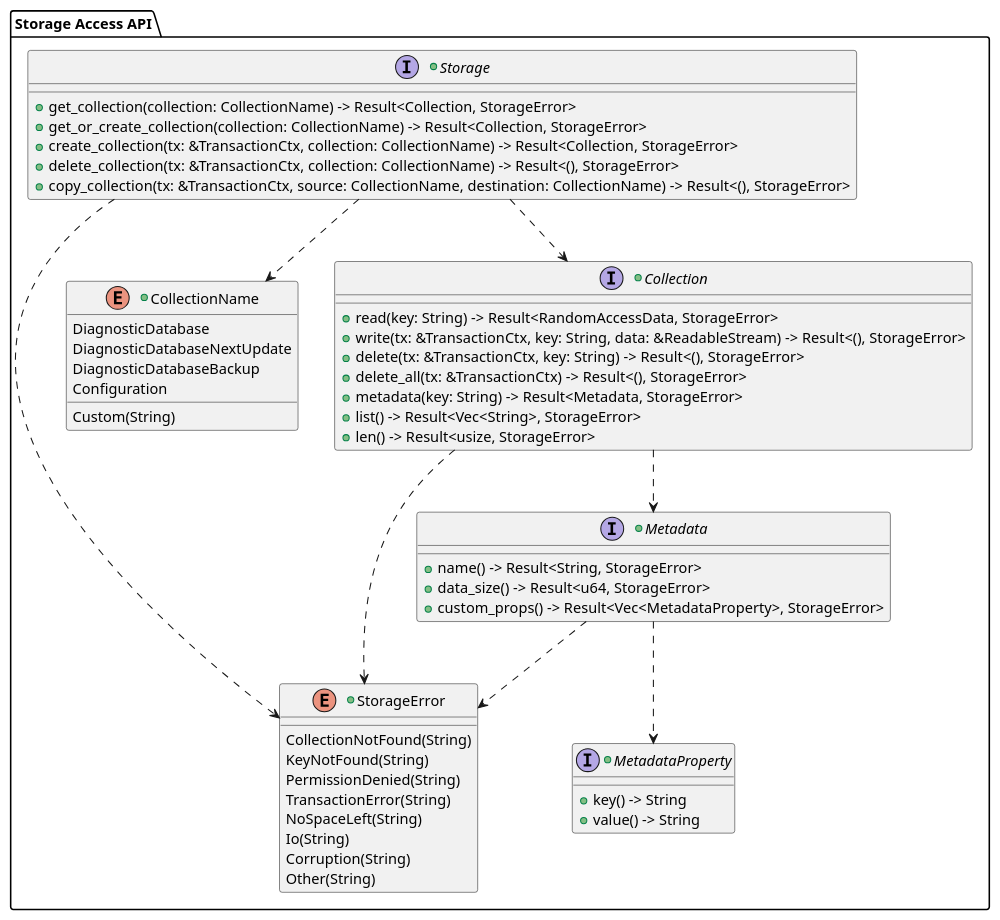
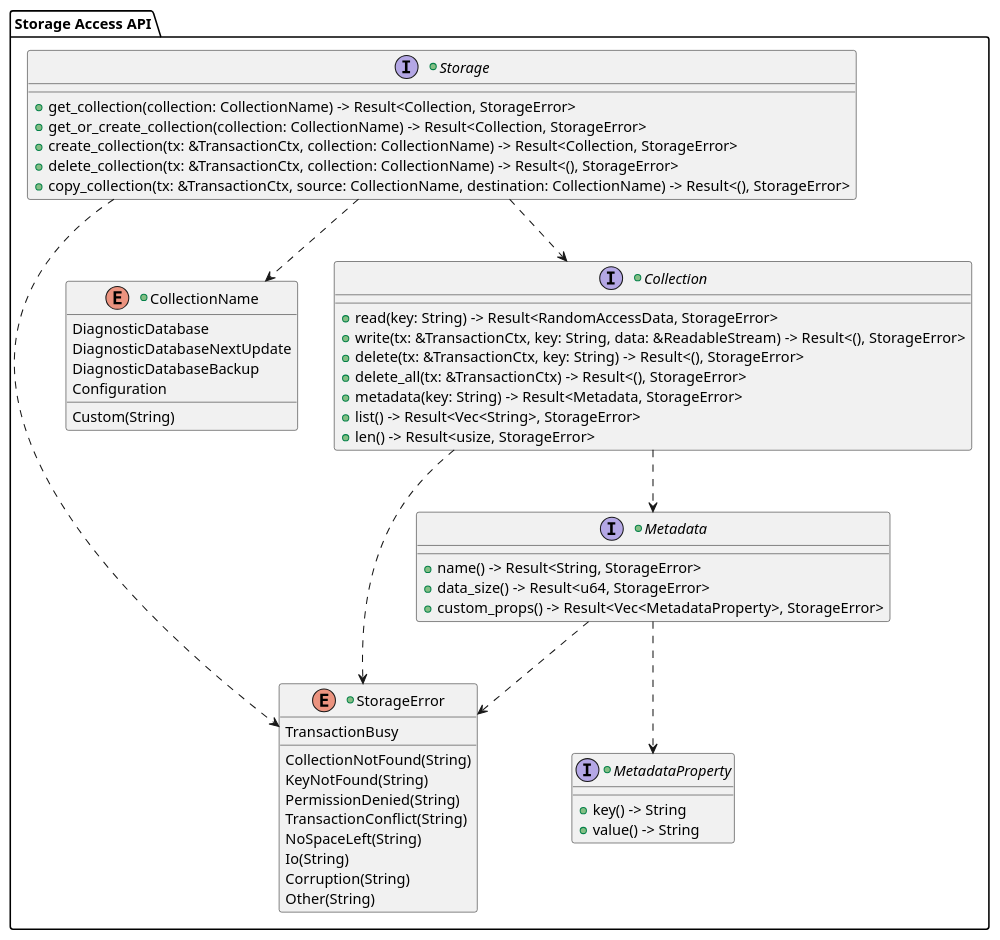
One commit to eclipse-opensovd/classic-diagnostic-adapter changed the first of 3 diagrams in docs/03_architecture/01_general.rst. Above: the diagram before and after it, drawn with PlantUML. The commit also changed 53 other files, not shown here.

```diff
--- a/docs/03_architecture/01_general.rst
+++ b/docs/03_architecture/01_general.rst
@@ -30,61 +30,62 @@
     .. uml::
 
         @startuml
         package "Storage Access API" {
             +enum StorageError {
                 CollectionNotFound(String)
                 KeyNotFound(String)
                 PermissionDenied(String)
-                TransactionError(String)
+                TransactionBusy
+                TransactionConflict(String)
                 NoSpaceLeft(String)
                 Io(String)
                 Corruption(String)
                 Other(String)
             }
 
             +enum CollectionName {
                 DiagnosticDatabase
                 DiagnosticDatabaseNextUpdate
                 DiagnosticDatabaseBackup
                 Configuration
                 Custom(String)
             }
 
             +interface Storage {
                 +get_collection(collection: CollectionName) -> Result<Collection, StorageError>
                 +get_or_create_collection(collection: CollectionName) -> Result<Collection, StorageError>
                 +create_collection(tx: &TransactionCtx, collection: CollectionName) -> Result<Collection, StorageError>
                 +delete_collection(tx: &TransactionCtx, collection: CollectionName) -> Result<(), StorageError>
                 +copy_collection(tx: &TransactionCtx, source: CollectionName, destination: CollectionName) -> Result<(), StorageError>
             }
 
             +interface Collection {
                 +read(key: String) -> Result<RandomAccessData, StorageError>
                 +write(tx: &TransactionCtx, key: String, data: &ReadableStream) -> Result<(), StorageError>
                 +delete(tx: &TransactionCtx, key: String) -> Result<(), StorageError>
                 +delete_all(tx: &TransactionCtx) -> Result<(), StorageError>
                 +metadata(key: String) -> Result<Metadata, StorageError>
                 +list() -> Result<Vec<String>, StorageError>
                 +len() -> Result<usize, StorageError>
             }
 
             +interface Metadata {
                 +name() -> Result<String, StorageError>
                 +data_size() -> Result<u64, StorageError>
                 +custom_props() -> Result<Vec<MetadataProperty>, StorageError>
             }
 
             +interface MetadataProperty {
                 +key() -> String
                 +value() -> String
             }
 
             Storage ..> Collection
             Storage ..> CollectionName
             Collection ..> StorageError
             Collection ..> Metadata
             Storage ..> StorageError
             Metadata ..> StorageError
             Metadata ..> MetadataProperty
         }
         @enduml
```
